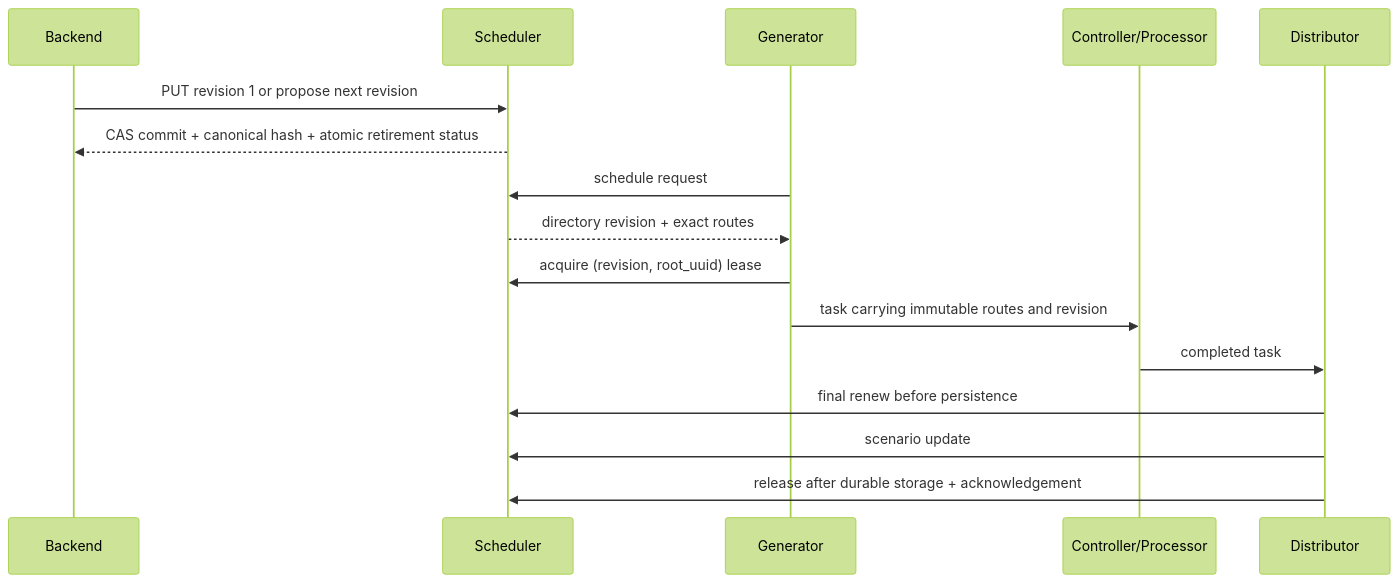
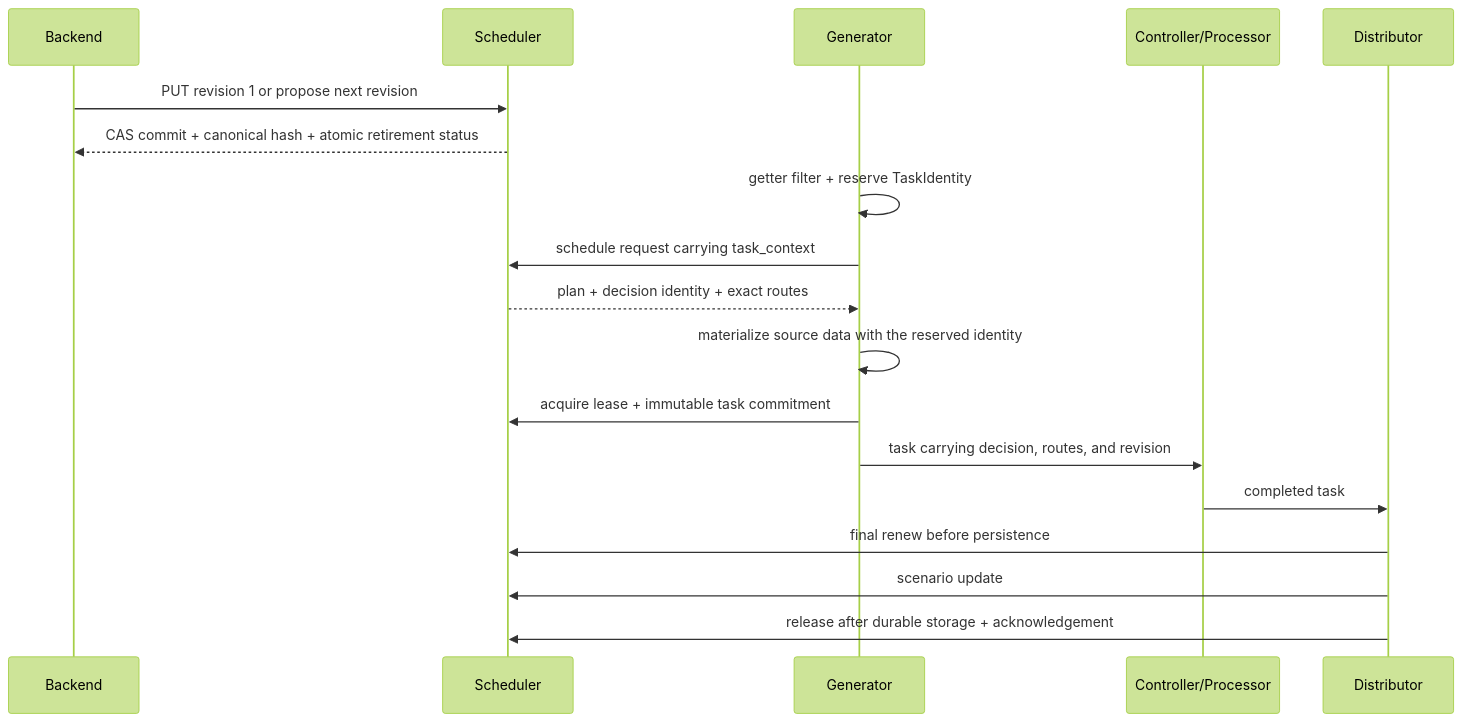
Before and after one commit to dayu-autostreamer/dayu: the third of 4 diagrams in docs/architecture/README.md, drawn with Mermaid (forest theme). The commit also changed other lines of this file and 48 other files, not shown here.

Commit message:
feat: update task commitment lifestyle

````diff
--- a/docs/architecture/README.md
+++ b/docs/architecture/README.md
@@ -163,18 +163,20 @@
 ```mermaid
 sequenceDiagram
     participant BE as Backend
     participant S as Scheduler
     participant G as Generator
     participant W as Controller/Processor
     participant D as Distributor
     BE->>S: PUT revision 1 or propose next revision
     S-->>BE: CAS commit + canonical hash + atomic retirement status
-    G->>S: schedule request
-    S-->>G: directory revision + exact routes
-    G->>S: acquire (revision, root_uuid) lease
-    G->>W: task carrying immutable routes and revision
+    G->>G: getter filter + reserve TaskIdentity
+    G->>S: schedule request carrying task_context
+    S-->>G: plan + decision identity + exact routes
+    G->>G: materialize source data with the reserved identity
+    G->>S: acquire lease + immutable task commitment
+    G->>W: task carrying decision, routes, and revision
     W->>D: completed task
     D->>S: final renew before persistence
     D->>S: scenario update
     D->>S: release after durable storage + acknowledgement
 ```
````
